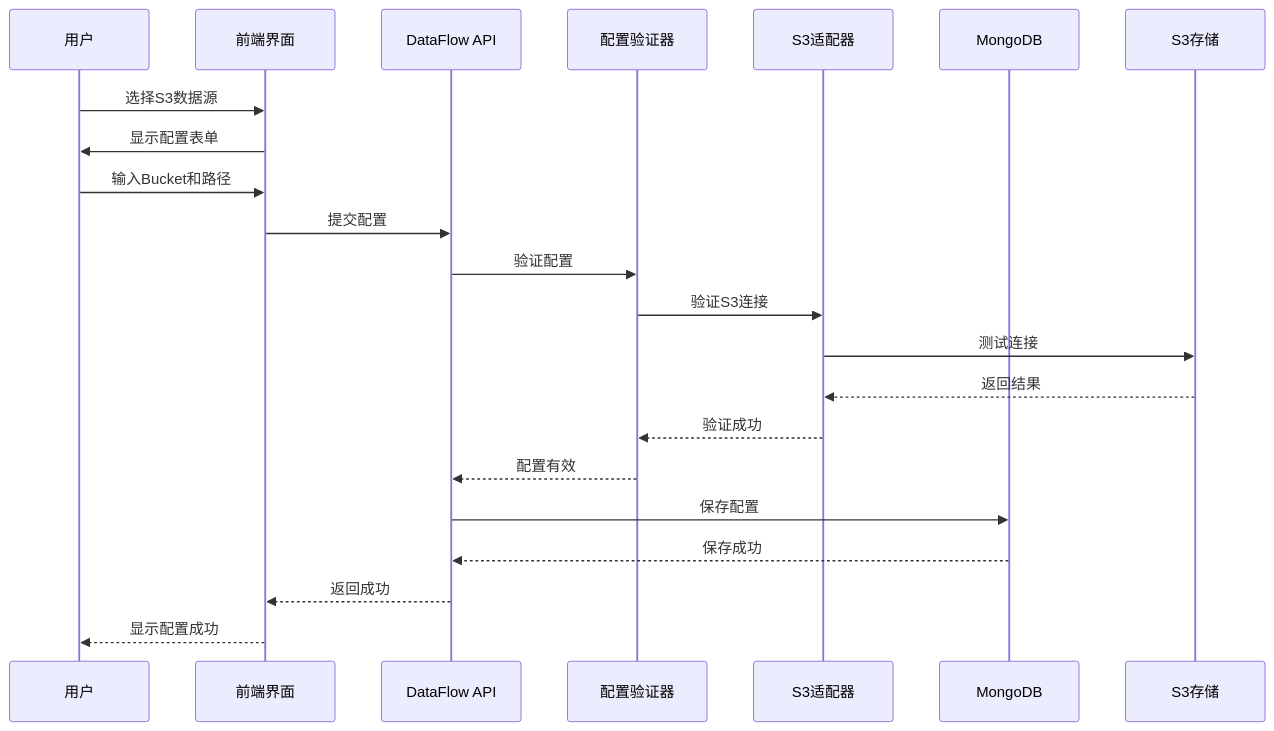
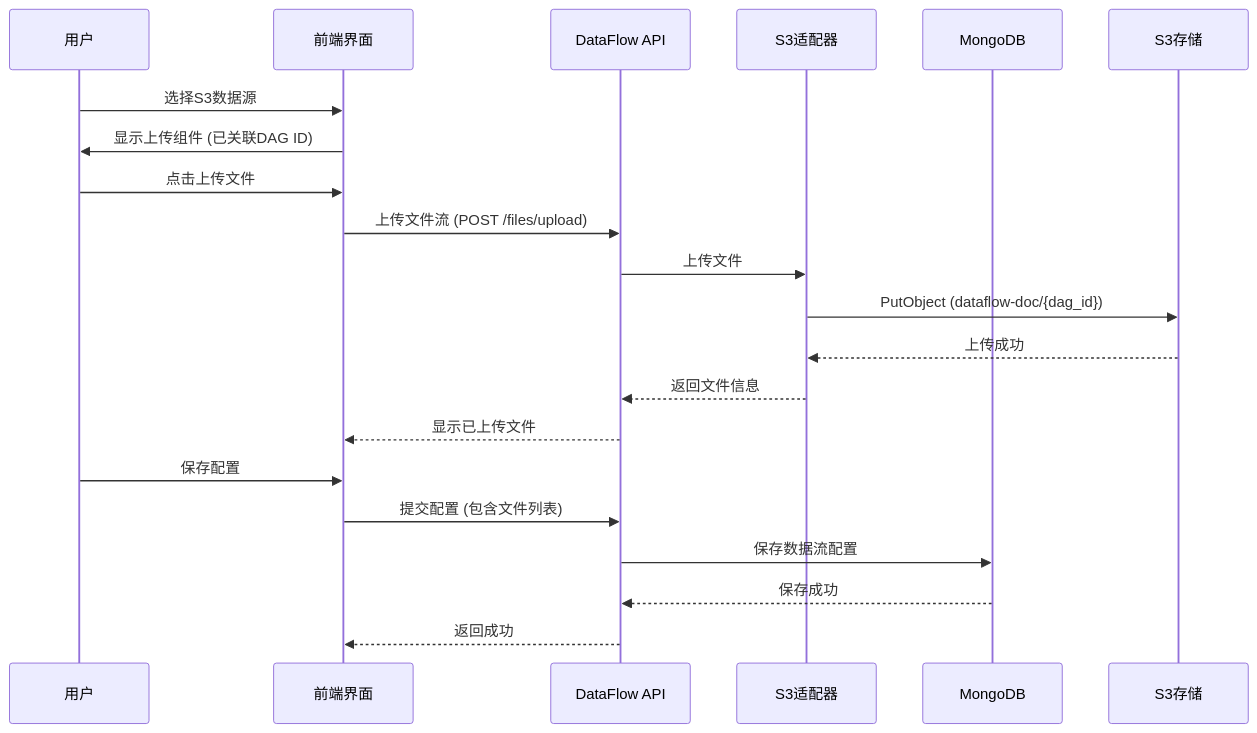
One commit to kweaver-ai/adp changed the second of 5 diagrams in dataflow/flow-automation/docs/features/808058支持从s3获取非结构化数据源/logic_design.md. Above: the diagram before and after it, drawn with Mermaid. The commit also changed other lines of this file and 15 other files, not shown here.

````diff
--- a/dataflow/flow-automation/docs/features/808058支持从s3获取非结构化数据源/logic_design.md
+++ b/dataflow/flow-automation/docs/features/808058支持从s3获取非结构化数据源/logic_design.md
@@ -296,25 +232,24 @@
 ```mermaid
 sequenceDiagram
     participant User as 用户
     participant UI as 前端界面
     participant API as DataFlow API
-    participant Validator as 配置验证器
     participant S3Adapter as S3适配器
     participant MongoDB as MongoDB
     participant S3 as S3存储
     
     User->>UI: 选择S3数据源
-    UI->>User: 显示配置表单
-    User->>UI: 输入Bucket和路径
-    UI->>API: 提交配置
-    API->>Validator: 验证配置
-    Validator->>S3Adapter: 验证S3连接
-    S3Adapter->>S3: 测试连接
-    S3-->>S3Adapter: 返回结果
-    S3Adapter-->>Validator: 验证成功
-    Validator-->>API: 配置有效
-    API->>MongoDB: 保存配置
+    UI->>User: 显示上传组件 (已关联DAG ID)
+    User->>UI: 点击上传文件
+    UI->>API: 上传文件流 (POST /files/upload)
+    API->>S3Adapter: 上传文件
+    S3Adapter->>S3: PutObject (dataflow-doc/{dag_id})
+    S3-->>S3Adapter: 上传成功
+    S3Adapter-->>API: 返回文件信息
+    API-->>UI: 显示已上传文件
+    User->>UI: 保存配置
+    UI->>API: 提交配置 (包含文件列表)
+    API->>MongoDB: 保存数据流配置
     MongoDB-->>API: 保存成功
     API-->>UI: 返回成功
-    UI-->>User: 显示配置成功
 ```
````
